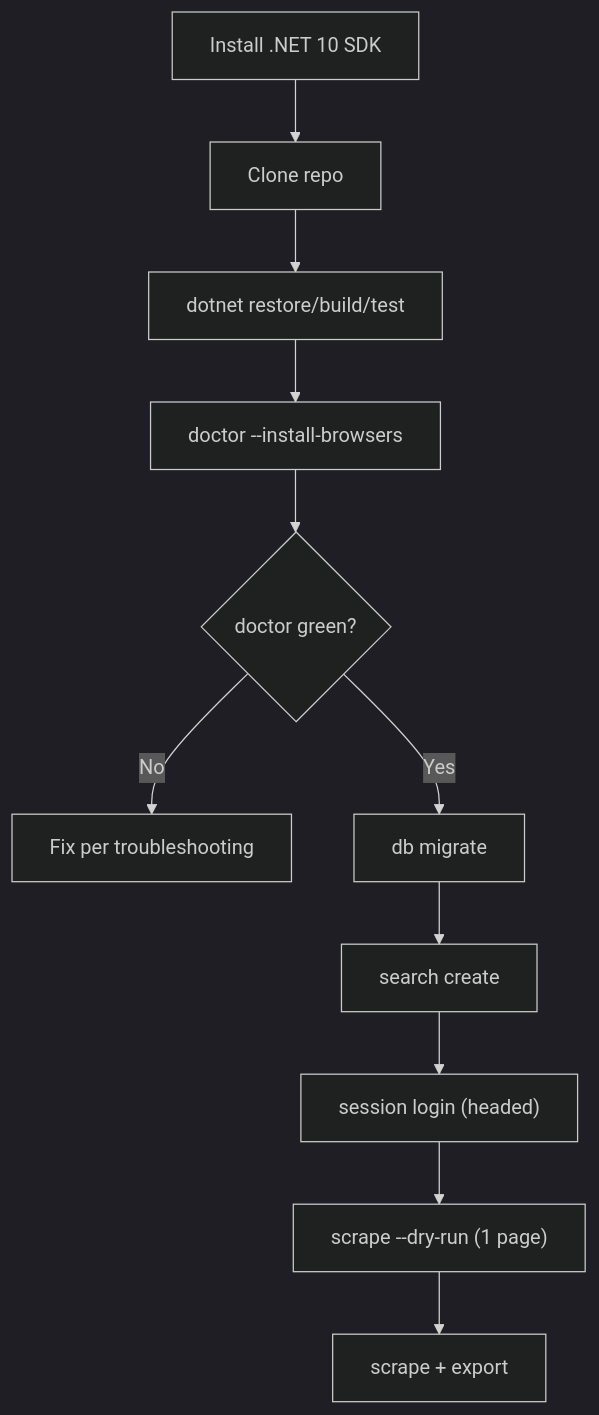
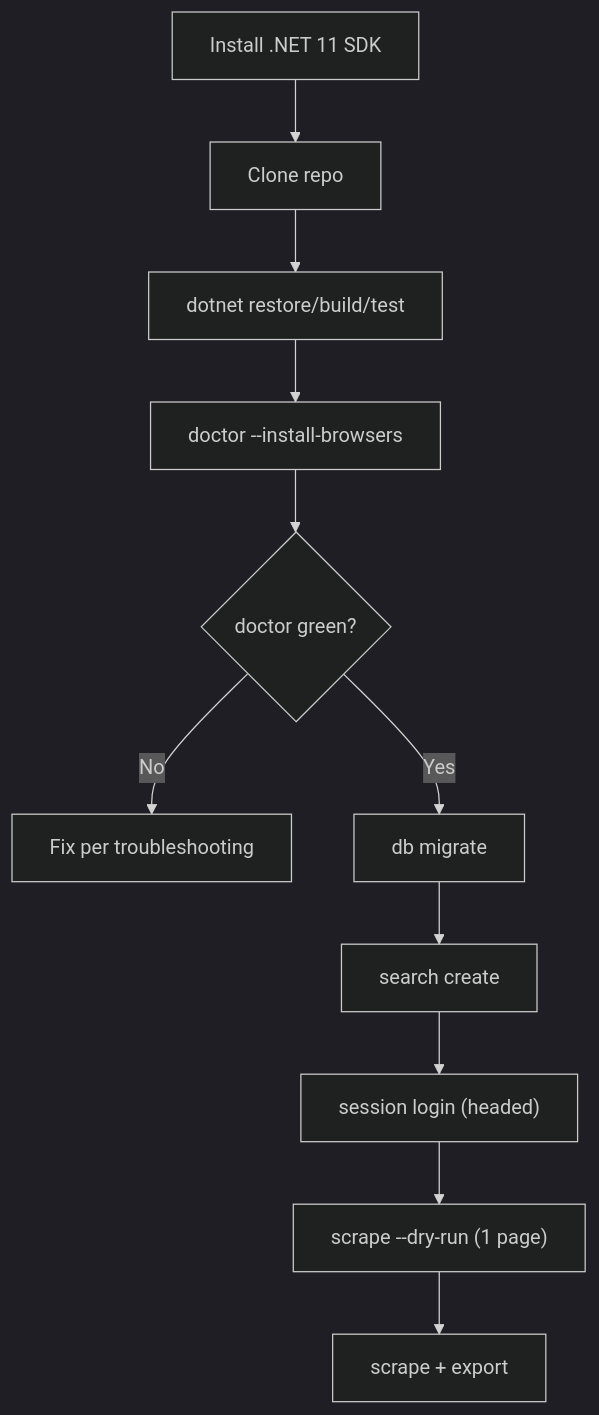
The diagram in docs/09-operations-runbook.md (AslamNazeerShaikh/PlaywrightDotNet), drawn with Mermaid (dark theme) before and after one commit. The commit also changed other lines of this file and 10 other files, not shown here.

````diff
--- a/docs/09-operations-runbook.md
+++ b/docs/09-operations-runbook.md
@@ -99,13 +99,13 @@
 ```mermaid
 flowchart TD
-    A["Install .NET 10 SDK"] --> B["Clone repo"]
+    A["Install .NET 11 SDK"] --> B["Clone repo"]
     B --> C["dotnet restore/build/test"]
     C --> D["doctor --install-browsers"]
     D --> E{"doctor green?"}
     E -->|No| F["Fix per troubleshooting"]
     E -->|Yes| G["db migrate"]
     G --> H["search create"]
     H --> I["session login (headed)"]
     I --> J["scrape --dry-run (1 page)"]
     J --> K["scrape + export"]
 ```
````
